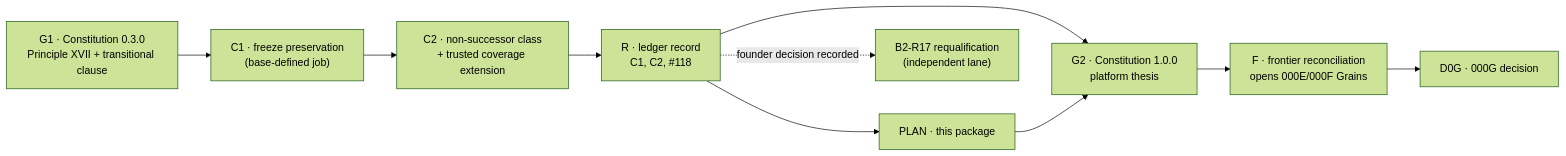
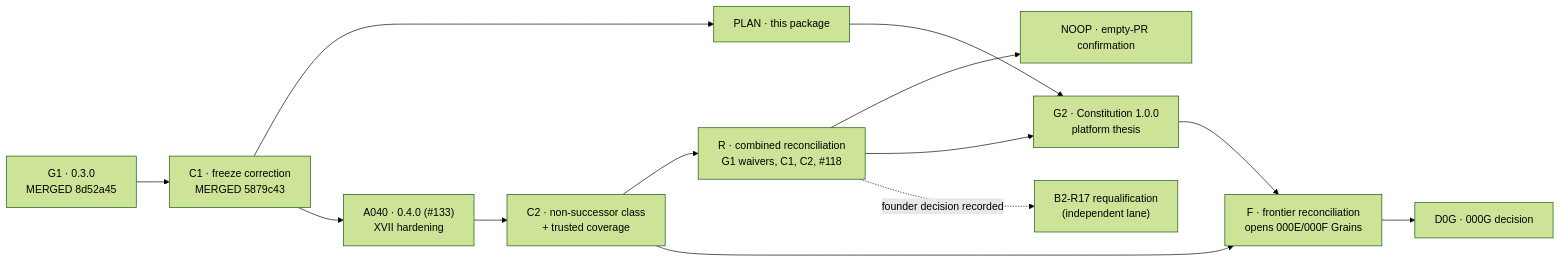
Before and after one commit to TheHalfMoon/Wispral: the diagram in docs/strategy/WISPRAL_GOVERNANCE_RECONCILIATION.md, drawn with Mermaid (forest theme). The commit also changed other lines of this file and 12 other files, not shown here.

````diff
--- a/docs/strategy/WISPRAL_GOVERNANCE_RECONCILIATION.md
+++ b/docs/strategy/WISPRAL_GOVERNANCE_RECONCILIATION.md
@@ -23,12 +35,15 @@
 ```mermaid
 flowchart LR
-  G1["G1 · Constitution 0.3.0<br/>Principle XVII + transitional clause"] --> C1["C1 · freeze preservation<br/>(base-defined job)"]
-  C1 --> C2["C2 · non-successor class<br/>+ trusted coverage extension"]
-  C2 --> R["R · ledger record<br/>C1, C2, #118"]
-  R --> P["PLAN · this package"]
+  G1["G1 · 0.3.0<br/>MERGED 8d52a45"] --> C1["C1 · freeze correction<br/>MERGED 5879c43"]
+  C1 --> P["PLAN · this package"]
+  C1 --> A["A040 · 0.4.0 (#133)<br/>XVII hardening"]
+  A --> C2["C2 · non-successor class<br/>+ trusted coverage"]
+  C2 --> R["R · combined reconciliation<br/>G1 waivers, C1, C2, #118"]
+  R --> N["NOOP · empty-PR confirmation"]
   R --> G2["G2 · Constitution 1.0.0<br/>platform thesis"]
   P --> G2
   G2 --> F["F · frontier reconciliation<br/>opens 000E/000F Grains"]
+  C2 --> F
   F --> D["D0G · 000G decision"]
   R -. founder decision recorded .-> B2["B2-R17 requalification<br/>(independent lane)"]
 ```
````
